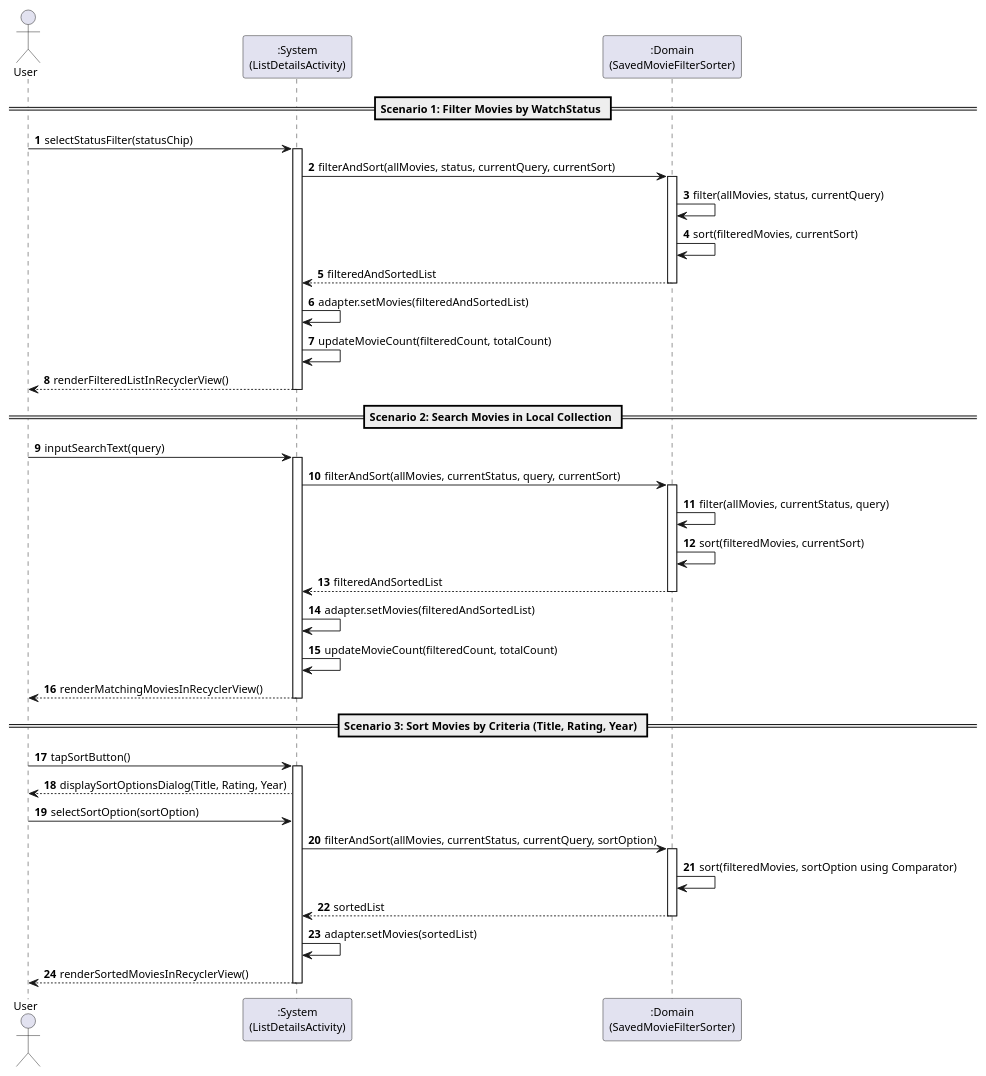
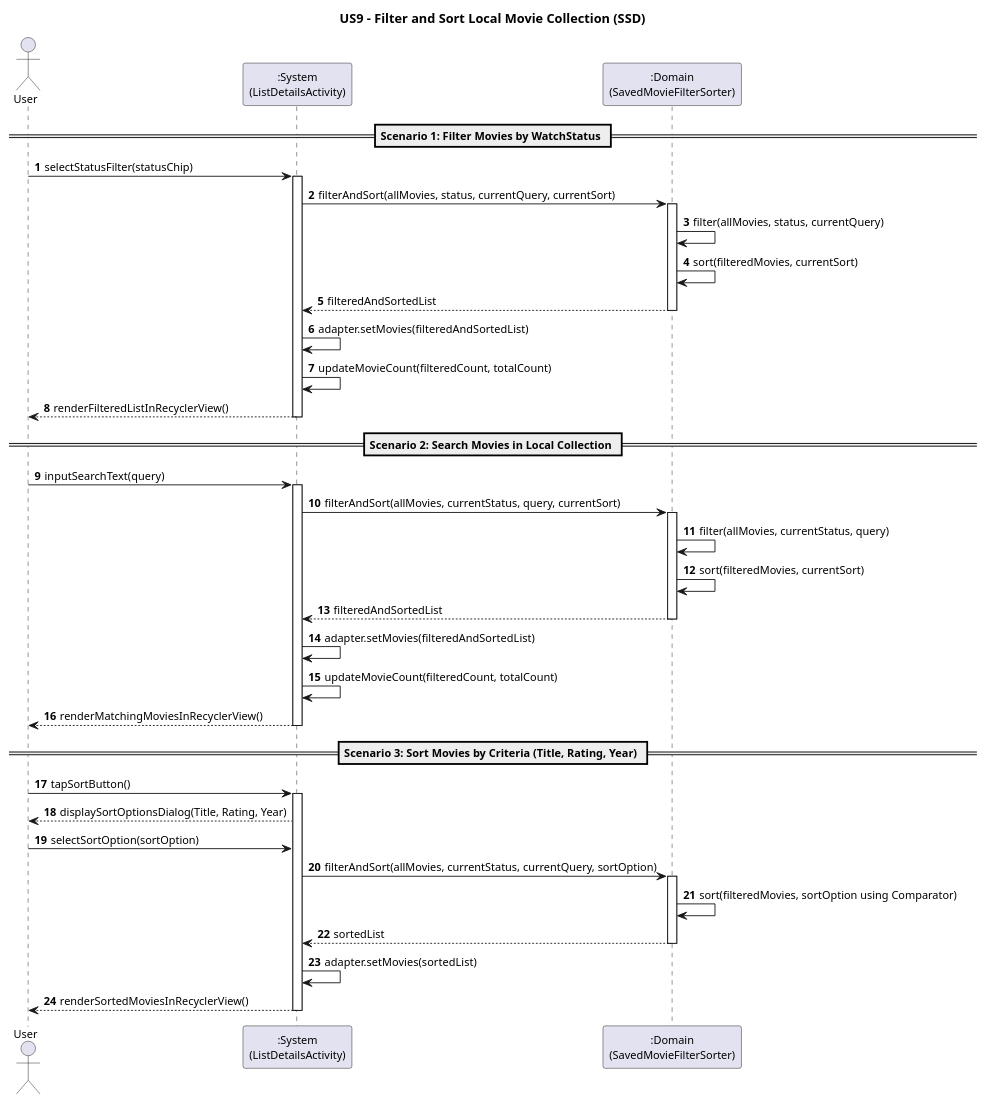
Before and after one commit to Andre-1240567/DSSMV_ProjectDroid_1240567_1241013: the diagram in docs/Use Cases/US9/puml/ssd_us9_filter_sort.puml, drawn with PlantUML. The commit also changed 62 other files, not shown here.

Commit message:
docs: add standard 'USX - (Functionality)' titles to all sequence diagrams

```diff
--- a/docs/Use Cases/US9/puml/ssd_us9_filter_sort.puml
+++ b/docs/Use Cases/US9/puml/ssd_us9_filter_sort.puml
@@ -1,64 +1,66 @@
 @startuml
 skinparam monochrome false
 skinparam shadowing false
 skinparam defaultFontName "Helvetica, Arial, sans-serif"
 skinparam defaultFontSize 12
+
+title US9 - Filter and Sort Local Movie Collection (SSD)
 
 actor "User" as User
 participant ":System\n(ListDetailsActivity)" as System
 participant ":Domain\n(SavedMovieFilterSorter)" as Domain
 
 autonumber
 
 == Scenario 1: Filter Movies by WatchStatus ==
 
 User -> System : selectStatusFilter(statusChip)
 activate System
 
 System -> Domain : filterAndSort(allMovies, status, currentQuery, currentSort)
 activate Domain
 Domain -> Domain : filter(allMovies, status, currentQuery)
 Domain -> Domain : sort(filteredMovies, currentSort)
 Domain --> System : filteredAndSortedList
 deactivate Domain
 
 System -> System : adapter.setMovies(filteredAndSortedList)
 System -> System : updateMovieCount(filteredCount, totalCount)
 System --> User : renderFilteredListInRecyclerView()
 deactivate System
 
 == Scenario 2: Search Movies in Local Collection ==
 
 User -> System : inputSearchText(query)
 activate System
 
 System -> Domain : filterAndSort(allMovies, currentStatus, query, currentSort)
 activate Domain
 Domain -> Domain : filter(allMovies, currentStatus, query)
 Domain -> Domain : sort(filteredMovies, currentSort)
 Domain --> System : filteredAndSortedList
 deactivate Domain
 
 System -> System : adapter.setMovies(filteredAndSortedList)
 System -> System : updateMovieCount(filteredCount, totalCount)
 System --> User : renderMatchingMoviesInRecyclerView()
 deactivate System
 
 == Scenario 3: Sort Movies by Criteria (Title, Rating, Year) ==
 
 User -> System : tapSortButton()
 activate System
 System --> User : displaySortOptionsDialog(Title, Rating, Year)
 
 User -> System : selectSortOption(sortOption)
 System -> Domain : filterAndSort(allMovies, currentStatus, currentQuery, sortOption)
 activate Domain
 Domain -> Domain : sort(filteredMovies, sortOption using Comparator)
 Domain --> System : sortedList
 deactivate Domain
 
 System -> System : adapter.setMovies(sortedList)
 System --> User : renderSortedMoviesInRecyclerView()
 deactivate System
 
 @enduml
```
